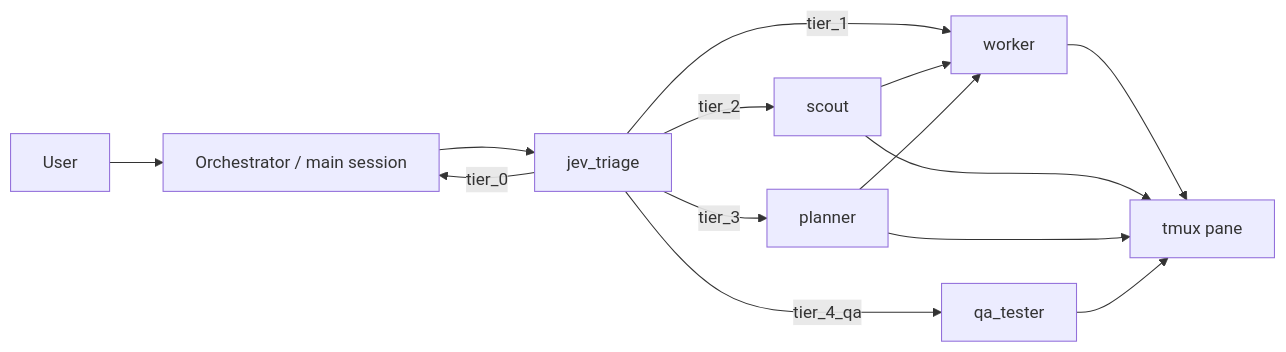
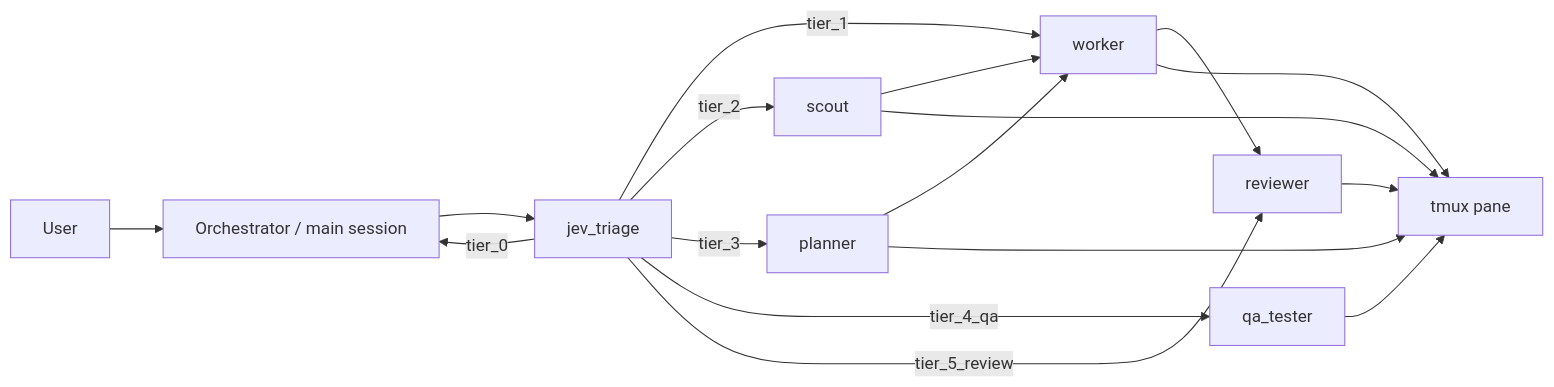
One commit to VisionCraft3r/ultimate-pi changed the diagram in README.md. Above: the diagram before and after it, drawn with Mermaid. The commit also changed other lines of this file and 24 other files, not shown here.

````diff
--- a/README.md
+++ b/README.md
@@ -244,14 +248,17 @@
 ```mermaid
 flowchart LR
     U[User] --> O[Orchestrator / main session]
     O --> J[jev_triage]
     J -->|tier_0| O
     J -->|tier_1| W[worker]
     J -->|tier_2| S[scout] --> W
     J -->|tier_3| P[planner] --> W
     J -->|tier_4_qa| Q[qa_tester]
+    J -->|tier_5_review| Rev[reviewer]
+    W --> Rev
     W --> T[tmux pane]
     S --> T
     P --> T
     Q --> T
+    Rev --> T
 ```
````
